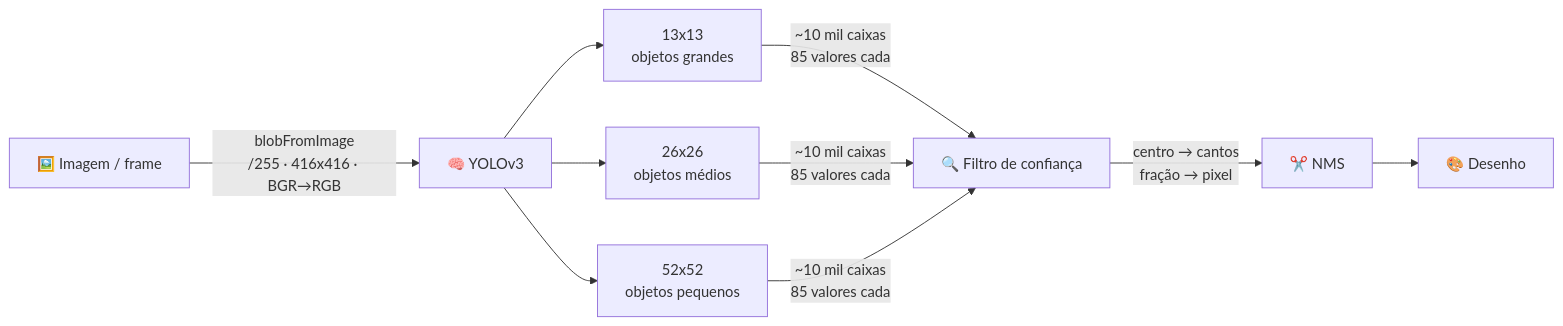
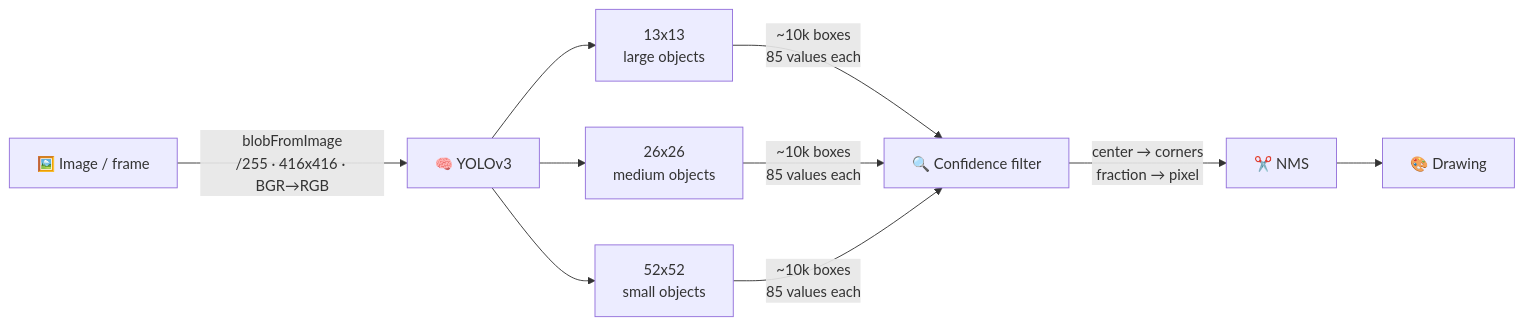
Before and after one commit to antonioheitorga/yolo-opencv-detection: the diagram in README.md, drawn with Mermaid. The commit also changed other lines of this file and 1 other file, not shown here.

````diff
--- a/README.md
+++ b/README.md
@@ -47,10 +49,10 @@
 ```mermaid
 flowchart LR
-    A[🖼️ Imagem / frame] -->|"blobFromImage<br/>/255 · 416x416 · BGR→RGB"| B[🧠 YOLOv3]
-    B --> G1[13x13<br/>objetos grandes]
-    B --> G2[26x26<br/>objetos médios]
-    B --> G3[52x52<br/>objetos pequenos]
-    G1 & G2 & G3 -->|"~10 mil caixas<br/>85 valores cada"| C[🔍 Filtro de confiança]
-    C -->|"centro → cantos<br/>fração → pixel"| D[✂️ NMS]
-    D --> E[🎨 Desenho]
+    A[🖼️ Image / frame] -->|"blobFromImage<br/>/255 · 416x416 · BGR→RGB"| B[🧠 YOLOv3]
+    B --> G1[13x13<br/>large objects]
+    B --> G2[26x26<br/>medium objects]
+    B --> G3[52x52<br/>small objects]
+    G1 & G2 & G3 -->|"~10k boxes<br/>85 values each"| C[🔍 Confidence filter]
+    C -->|"center → corners<br/>fraction → pixel"| D[✂️ NMS]
+    D --> E[🎨 Drawing]
 ```
````
